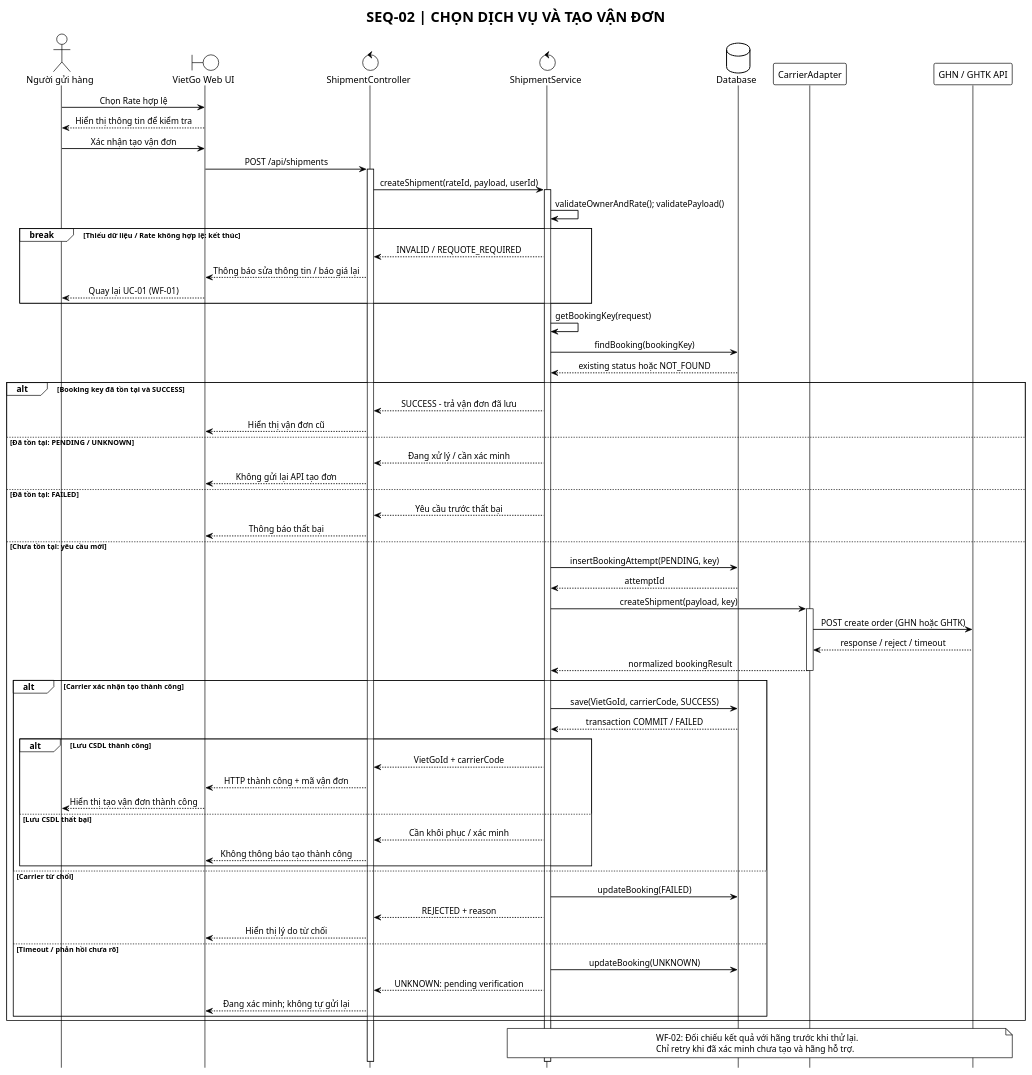
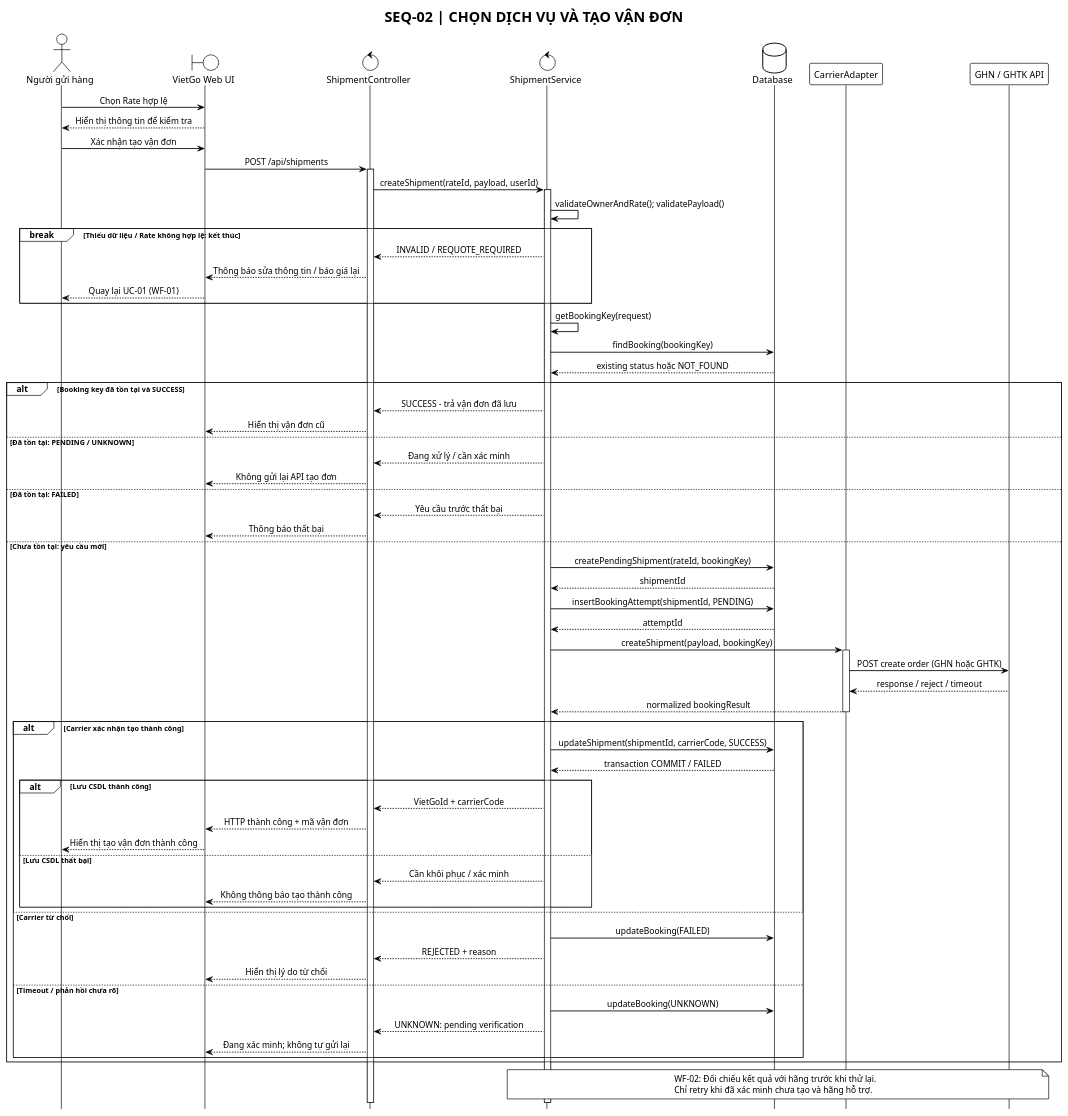
One commit to NguyenThiThuyTram/thiet_ke_he_thong_vietgo changed the diagram in VIETGO/docs/D07-sequence-diagrams/SEQ02-booking.puml. Above: the diagram before and after it, drawn with PlantUML.

```diff
--- a/VIETGO/docs/D07-sequence-diagrams/SEQ02-booking.puml
+++ b/VIETGO/docs/D07-sequence-diagrams/SEQ02-booking.puml
@@ -1,92 +1,95 @@
 @startuml
 !theme plain
 skinparam backgroundColor #FFFFFF
 skinparam sequenceParticipantBorderColor #000000
 skinparam sequenceParticipantBackgroundColor #FFFFFF
 skinparam sequenceActorBorderColor #000000
 skinparam sequenceActorBackgroundColor #FFFFFF
 skinparam sequenceArrowColor #000000
 skinparam sequenceLifeLineBorderColor #000000
 skinparam sequenceLifeLineBackgroundColor #FFFFFF
 skinparam sequenceGroupBorderColor #000000
 skinparam sequenceGroupBackgroundColor #FFFFFF
 skinparam sequenceGroupHeaderBackgroundColor #FFFFFF
 skinparam sequenceMessageFontColor #000000
 skinparam sequenceMessageAlign center
 skinparam sequenceArrowThickness 1.3
 hide footbox
 
 title SEQ-02 | CHỌN DỊCH VỤ VÀ TẠO VẬN ĐƠN
 actor "Người gửi hàng" as U
 boundary "VietGo Web UI" as UI
 control "ShipmentController" as SC
 control "ShipmentService" as SS
 database "Database" as DB
 participant "CarrierAdapter" as AD
 participant "GHN / GHTK API" as API
 
 U -> UI : Chọn Rate hợp lệ
 UI --> U : Hiển thị thông tin để kiểm tra
 U -> UI : Xác nhận tạo vận đơn
 UI -> SC : POST /api/shipments
 activate SC
 SC -> SS : createShipment(rateId, payload, userId)
 activate SS
 SS -> SS : validateOwnerAndRate(); validatePayload()
 break Thiếu dữ liệu / Rate không hợp lệ: kết thúc
   SS --> SC : INVALID / REQUOTE_REQUIRED
   SC --> UI : Thông báo sửa thông tin / báo giá lại
   UI --> U : Quay lại UC-01 (WF-01)
 end
 SS -> SS : getBookingKey(request)
 SS -> DB : findBooking(bookingKey)
 DB --> SS : existing status hoặc NOT_FOUND
 
 alt Booking key đã tồn tại và SUCCESS
   SS --> SC : SUCCESS - trả vận đơn đã lưu
   SC --> UI : Hiển thị vận đơn cũ
 else Đã tồn tại: PENDING / UNKNOWN
   SS --> SC : Đang xử lý / cần xác minh
   SC --> UI : Không gửi lại API tạo đơn
 else Đã tồn tại: FAILED
   SS --> SC : Yêu cầu trước thất bại
   SC --> UI : Thông báo thất bại
 else Chưa tồn tại: yêu cầu mới
-  SS -> DB : insertBookingAttempt(PENDING, key)
+  ' Shipment PENDING là bản ghi nội bộ, chưa được carrier xác nhận.
+  SS -> DB : createPendingShipment(rateId, bookingKey)
+  DB --> SS : shipmentId
+  SS -> DB : insertBookingAttempt(shipmentId, PENDING)
   DB --> SS : attemptId
-  SS -> AD : createShipment(payload, key)
+  SS -> AD : createShipment(payload, bookingKey)
   activate AD
   AD -> API : POST create order (GHN hoặc GHTK)
   API --> AD : response / reject / timeout
   AD --> SS : normalized bookingResult
   deactivate AD
 
   alt Carrier xác nhận tạo thành công
-    SS -> DB : save(VietGoId, carrierCode, SUCCESS)
+    SS -> DB : updateShipment(shipmentId, carrierCode, SUCCESS)
     DB --> SS : transaction COMMIT / FAILED
     alt Lưu CSDL thành công
       SS --> SC : VietGoId + carrierCode
       SC --> UI : HTTP thành công + mã vận đơn
       UI --> U : Hiển thị tạo vận đơn thành công
     else Lưu CSDL thất bại
       SS --> SC : Cần khôi phục / xác minh
       SC --> UI : Không thông báo tạo thành công
     end
   else Carrier từ chối
     SS -> DB : updateBooking(FAILED)
     SS --> SC : REJECTED + reason
     SC --> UI : Hiển thị lý do từ chối
   else Timeout / phản hồi chưa rõ
     SS -> DB : updateBooking(UNKNOWN)
     SS --> SC : UNKNOWN: pending verification
     SC --> UI : Đang xác minh; không tự gửi lại
   end
 end
 note over SS, API
   WF-02: Đối chiếu kết quả với hãng trước khi thử lại.
   Chỉ retry khi đã xác minh chưa tạo và hãng hỗ trợ.
 end note
 
 deactivate SS
 deactivate SC
 @enduml
```
